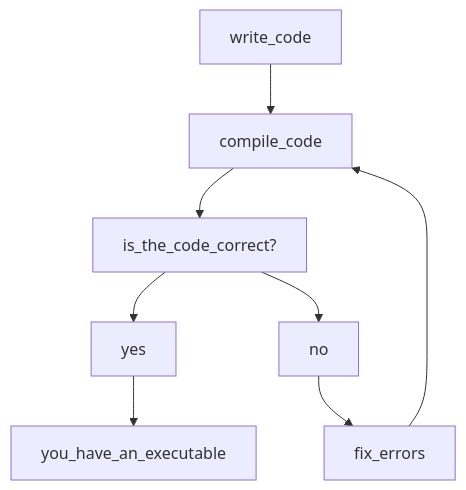
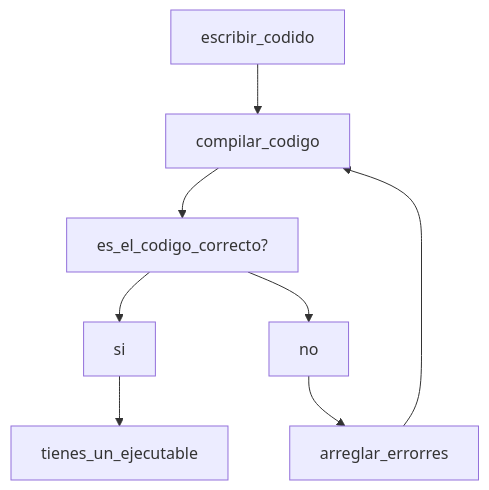
Before and after one commit to dierpg/cpp-_with_meson: the diagram in unit_1/README.md, drawn with Mermaid. The commit also changed other lines of this file, not shown here.

````diff
--- a/unit_1/README.md
+++ b/unit_1/README.md
@@ -10,10 +11,10 @@
 ```mermaid
 graph TD;
-    write_code-->compile_code;
-		compile_code-->is_the_code_correct?;
-		is_the_code_correct?-->yes;
-		is_the_code_correct?-->no;
-		yes-->you_have_an_executable;
-		no-->fix_errors;
-		fix_errors-->compile_code;
+    escribir_codido-->compilar_codigo;
+		compilar_codigo-->es_el_codigo_correcto?;
+		es_el_codigo_correcto?-->si;
+		es_el_codigo_correcto?-->no;
+		si-->tienes_un_ejecutable;
+		no-->arreglar_errorres;
+		arreglar_errorres-->compilar_codigo;
 ```
````
